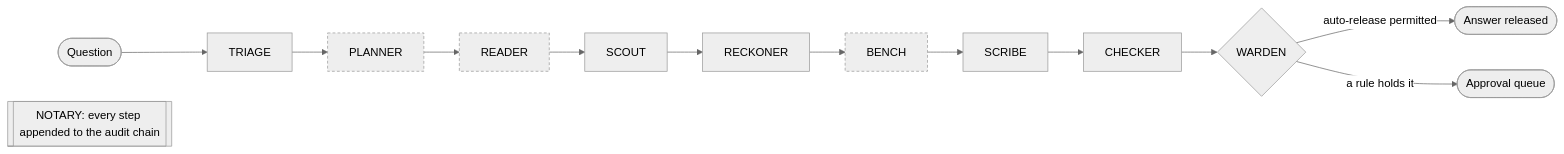
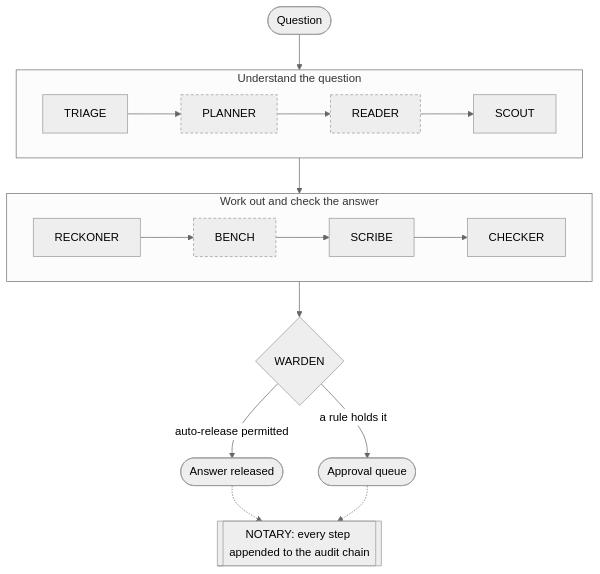
One commit to kartikeyajay2006/Sovereign-On_Premise-Agentic-AI-Workbench changed the first of 2 diagrams in README.md. Above: the diagram before and after it, drawn with Mermaid (neutral theme).

Commit message:
README: pipeline diagram in two rows so it reads at page width

````diff
--- a/README.md
+++ b/README.md
@@ -71,9 +71,20 @@
 ```mermaid
-flowchart LR
-    Q([Question]) --> T[TRIAGE] --> P[PLANNER] --> R[READER] --> S[SCOUT] --> K[RECKONER] --> B[BENCH] --> W[SCRIBE] --> C[CHECKER] --> G{WARDEN}
+flowchart TB
+    Q([Question]) --> T
+    subgraph understand ["Understand the question"]
+        direction LR
+        T[TRIAGE] --> P[PLANNER] --> R[READER] --> S[SCOUT]
+    end
+    subgraph answer ["Work out and check the answer"]
+        direction LR
+        K[RECKONER] --> B[BENCH] --> W[SCRIBE] --> C[CHECKER]
+    end
+    S --> K
+    C --> G{WARDEN}
     G -->|auto-release permitted| OUT([Answer released])
     G -->|a rule holds it| H([Approval queue])
-    N[["NOTARY: every step appended to the audit chain"]]
+    OUT -.-> N[["NOTARY: every step appended to the audit chain"]]
+    H -.-> N
     classDef optional stroke-dasharray: 4 3
     class P,R,B optional
 ```
````
